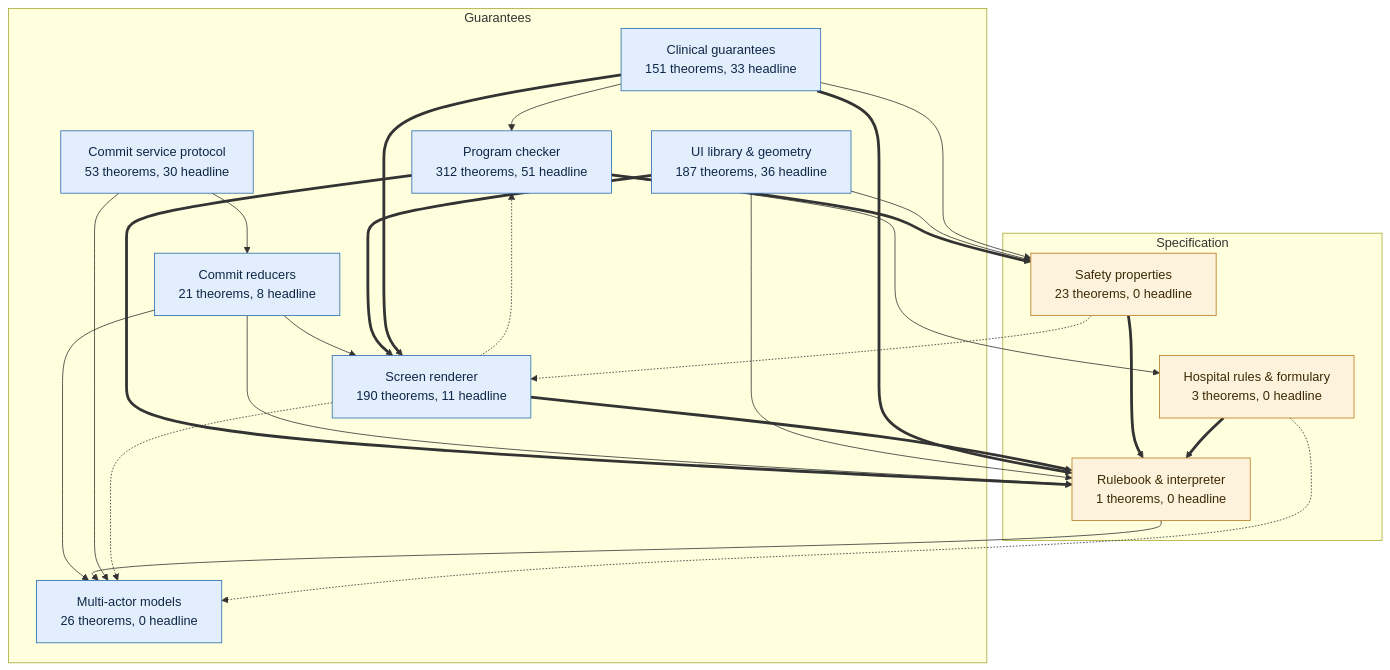
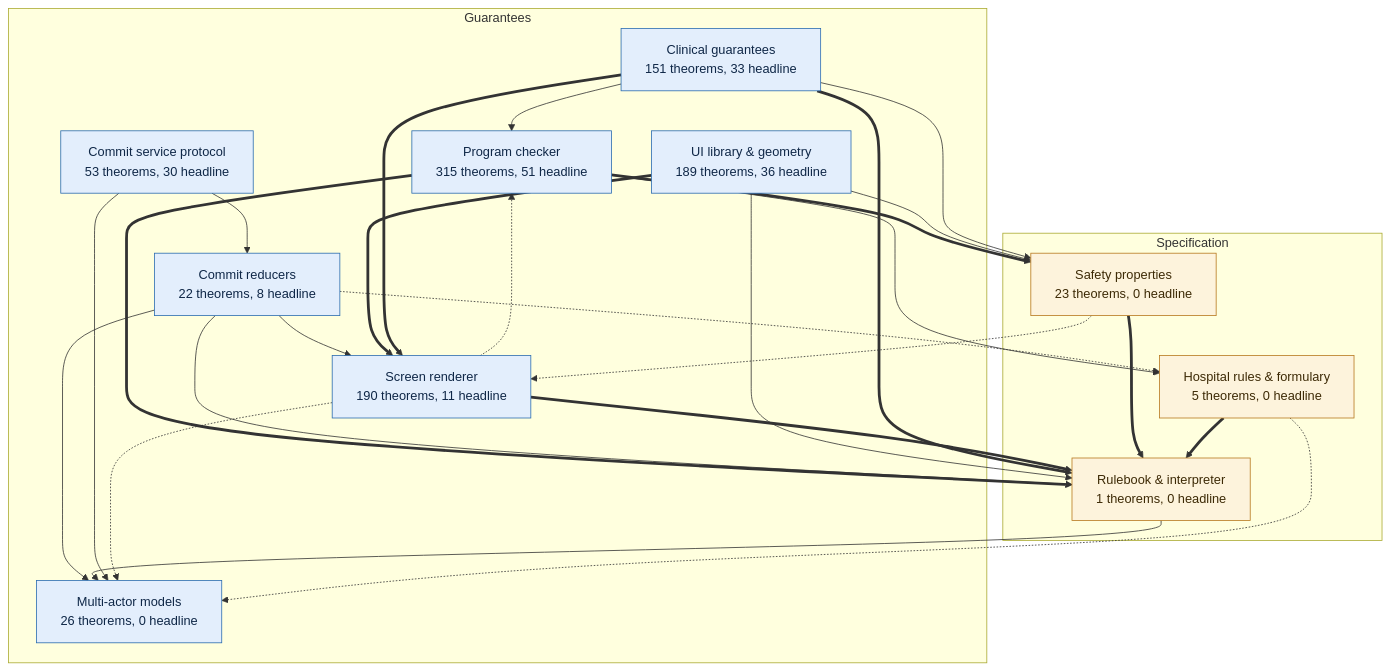
One commit to saithat/VGI-Health changed the first of 9 diagrams in docs/proof-map.md. Above: the diagram before and after it, drawn with Mermaid. The commit also changed other lines of this file and 3 other files, not shown here.

````diff
--- a/docs/proof-map.md
+++ b/docs/proof-map.md
@@ -15,42 +15,43 @@
 ```mermaid
 flowchart TB
   subgraph guar_g["Guarantees"]
     proofs["Clinical guarantees<br/>151 theorems, 33 headline"]:::guar
-    check["Program checker<br/>312 theorems, 51 headline"]:::guar
+    check["Program checker<br/>315 theorems, 51 headline"]:::guar
     render["Screen renderer<br/>190 theorems, 11 headline"]:::guar
-    layout["UI library &amp; geometry<br/>187 theorems, 36 headline"]:::guar
-    commit["Commit reducers<br/>21 theorems, 8 headline"]:::guar
+    layout["UI library &amp; geometry<br/>189 theorems, 36 headline"]:::guar
+    commit["Commit reducers<br/>22 theorems, 8 headline"]:::guar
     protocol["Commit service protocol<br/>53 theorems, 30 headline"]:::guar
     multi["Multi-actor models<br/>26 theorems, 0 headline"]:::guar
   end
   subgraph spec_g["Specification"]
     core["Rulebook &amp; interpreter<br/>1 theorems, 0 headline"]:::spec
     props["Safety properties<br/>23 theorems, 0 headline"]:::spec
-    specs["Hospital rules &amp; formulary<br/>3 theorems, 0 headline"]:::spec
+    specs["Hospital rules &amp; formulary<br/>5 theorems, 0 headline"]:::spec
   end
   check ==> core
   check ==> props
   check --> specs
   commit --> core
   commit --> multi
   commit --> render
+  commit -.-> specs
   core --> multi
   layout --> core
   layout --> props
   layout ==> render
   proofs --> check
   proofs ==> core
   proofs --> props
   proofs ==> render
   props ==> core
   props -.-> render
   protocol --> commit
   protocol --> multi
   render -.-> check
   render ==> core
   render -.-> multi
   specs ==> core
   specs -.-> multi
   classDef spec fill:#fdf3dc,stroke:#b7791f,color:#3d2a06
   classDef guar fill:#e3eefc,stroke:#2b6cb0,color:#0f2747
 ```
````
